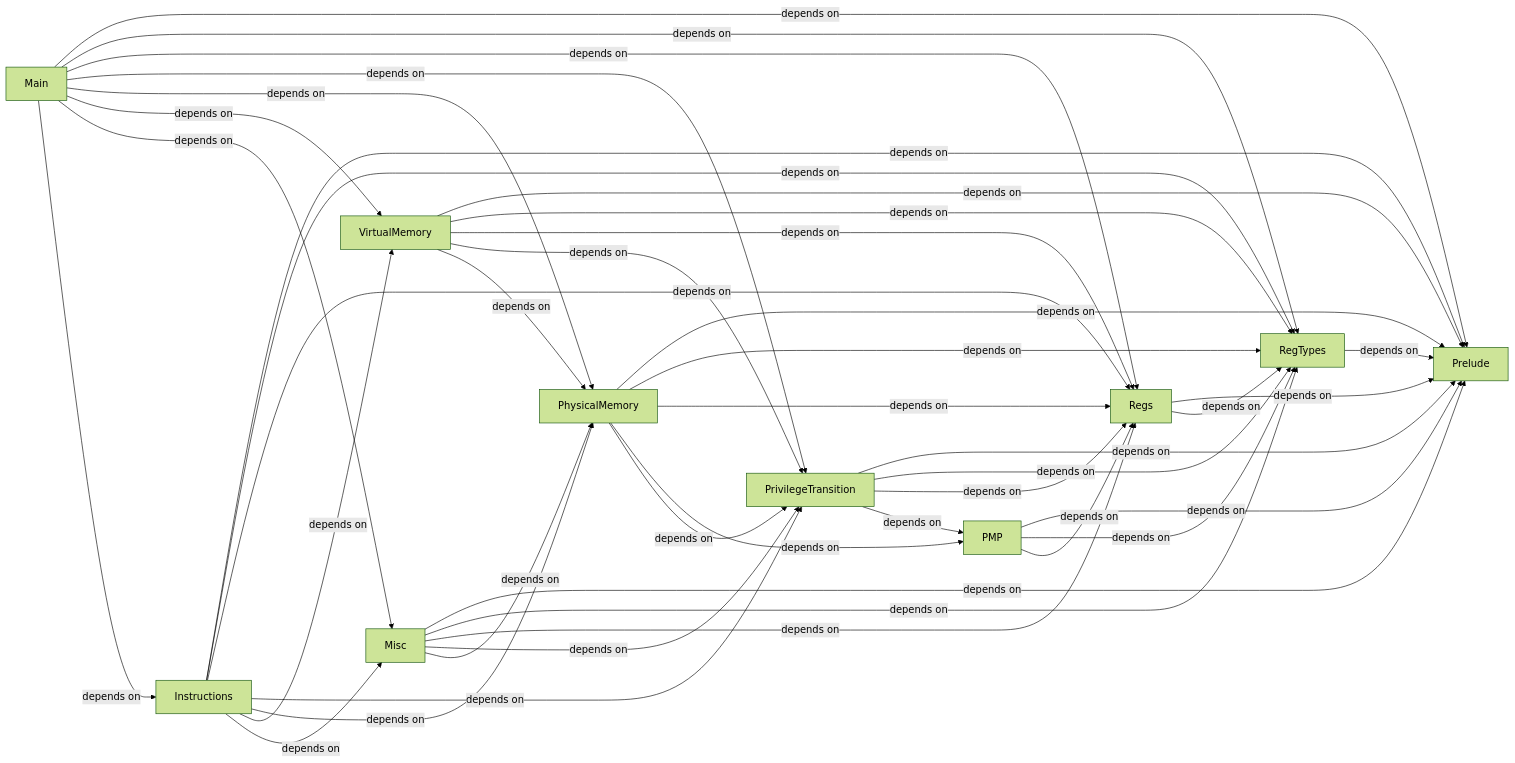
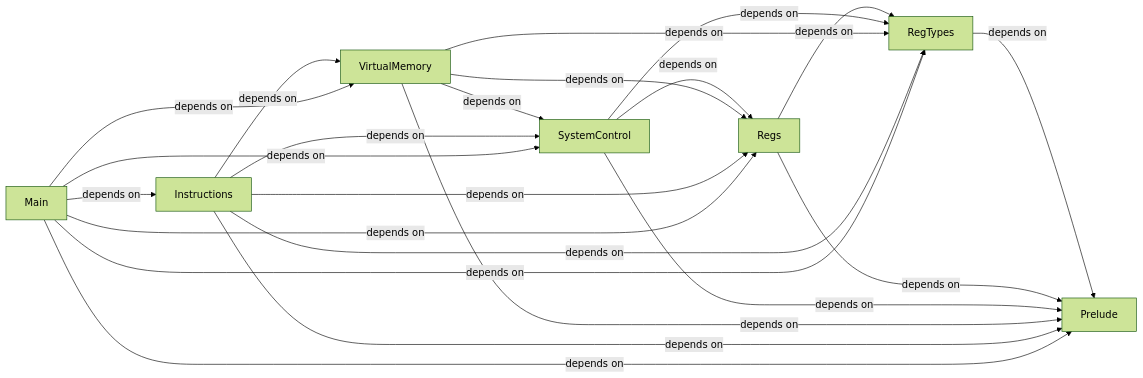
One commit to LilithMary/RISCV-ISA-Sail-Model changed the diagram in README.md. Above: the diagram before and after it, drawn with Mermaid (forest theme). The commit also changed other lines of this file, not shown here.

````diff
--- a/README.md
+++ b/README.md
@@ -60,52 +72,30 @@
 ```mermaid
 graph LR;
     RegTypes -->|depends on| Prelude;
     Regs -->|depends on| Prelude;
-    PMP -->|depends on| Prelude;
-    PrivilegeTransition -->|depends on| Prelude;
-    PhysicalMemory -->|depends on| Prelude;
+    SystemControl -->|depends on| Prelude;
     VirtualMemory -->|depends on| Prelude;
-    Misc -->|depends on| Prelude;
     Instructions -->|depends on| Prelude;
     Main -->|depends on| Prelude;
     
     Regs -->|depends on| RegTypes;
-    PMP -->|depends on| RegTypes;
-    PrivilegeTransition -->|depends on| RegTypes;
-    PhysicalMemory -->|depends on| RegTypes;
+    SystemControl -->|depends on| RegTypes;
     VirtualMemory -->|depends on| RegTypes;
-    Misc -->|depends on| RegTypes;
     Instructions -->|depends on| RegTypes;
     Main -->|depends on| RegTypes;
 
-    PMP -->|depends on| Regs;
-    PrivilegeTransition -->|depends on| Regs;
-    PhysicalMemory -->|depends on| Regs;
+    SystemControl -->|depends on| Regs;
     VirtualMemory -->|depends on| Regs;
-    Misc -->|depends on| Regs;
     Instructions -->|depends on| Regs;
     Main -->|depends on| Regs;
 
-    PrivilegeTransition -->|depends on| PMP;
-    PhysicalMemory -->|depends on| PMP;
-
-    PhysicalMemory -->|depends on| PrivilegeTransition;
-    VirtualMemory -->|depends on| PrivilegeTransition;
-    Misc -->|depends on| PrivilegeTransition;
-    Instructions -->|depends on| PrivilegeTransition;
-    Main -->|depends on| PrivilegeTransition;
-
-    VirtualMemory -->|depends on| PhysicalMemory;
-    Misc -->|depends on| PhysicalMemory;
-    Instructions -->|depends on| PhysicalMemory;
-    Main -->|depends on| PhysicalMemory;
+    VirtualMemory -->|depends on| SystemControl;
+    Instructions -->|depends on| SystemControl;
+    Main -->|depends on| SystemControl;
 
     Instructions -->|depends on| VirtualMemory;
     Main -->|depends on| VirtualMemory;
 
-    Instructions -->|depends on| Misc;
-    Main -->|depends on| Misc;
-
     Main -->|depends on| Instructions;
 
 ```
````
